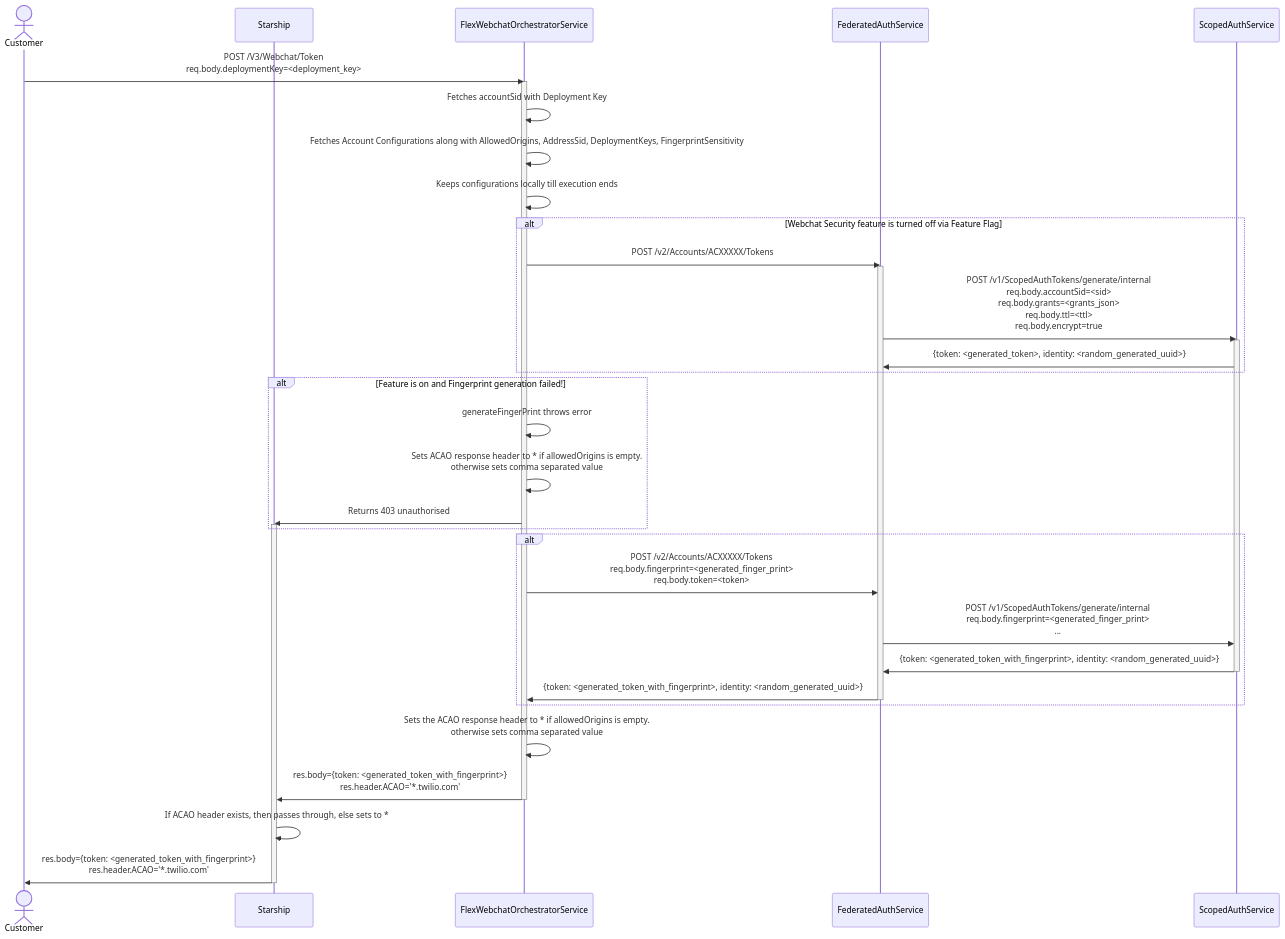
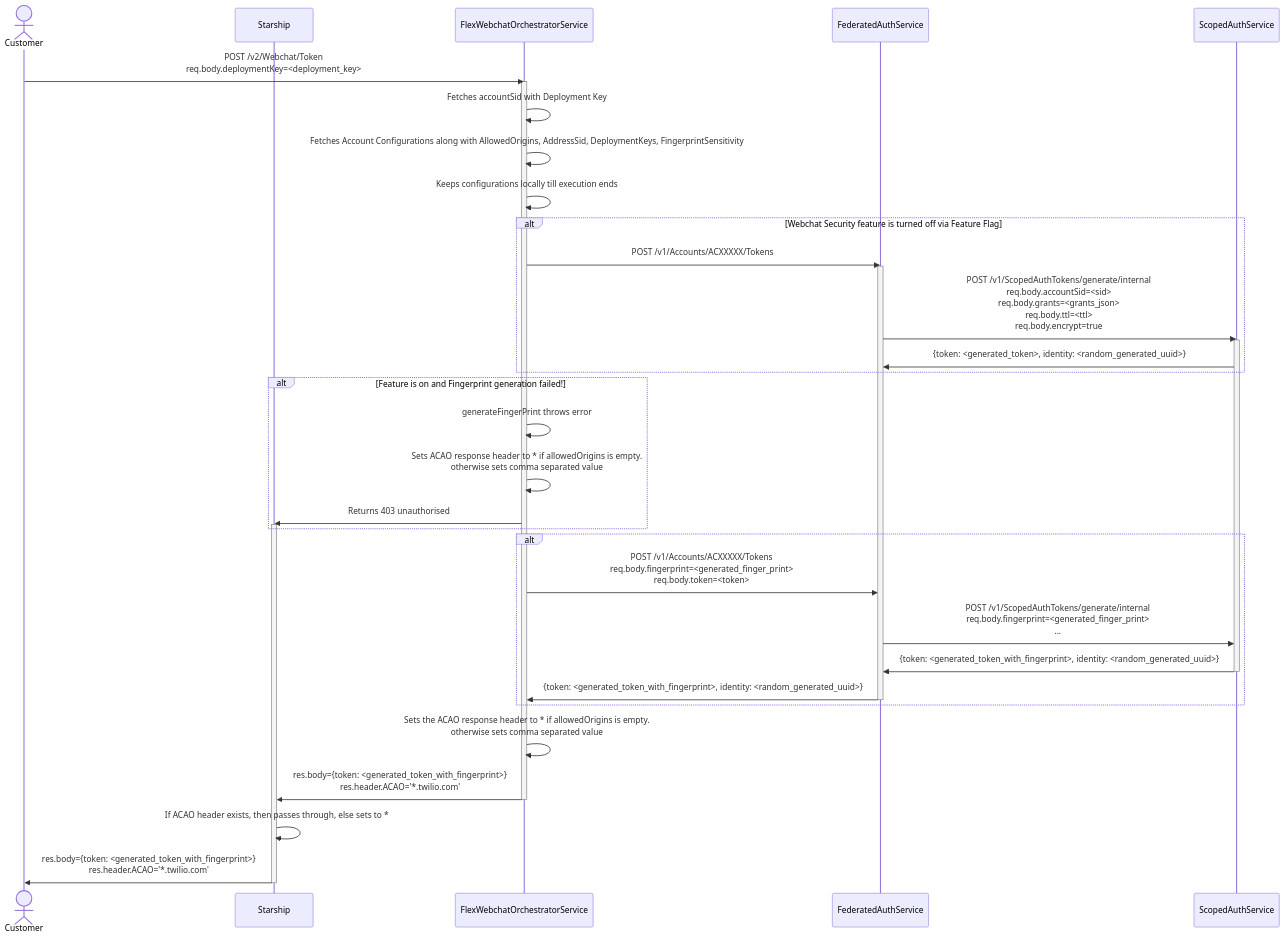
The diagram in seq_webchat_create_token.md (twilio/twilio-webchat-react-app), drawn with Mermaid before and after one commit. The commit also changed 3 other files, not shown here.

````diff
--- a/seq_webchat_create_token.md
+++ b/seq_webchat_create_token.md
@@ -1,48 +1,48 @@
 ```mermaid
 %% Webchat Create Token
 sequenceDiagram
 
 actor C as Customer
 participant S as Starship
 participant FWO as FlexWebchatOrchestratorService
 participant FAS as FederatedAuthService
 participant SAS as ScopedAuthService
 
-C ->> FWO : POST /V3/Webchat/Token <br/>req.body.deploymentKey=<deployment_key>
+C ->> FWO : POST /v2/Webchat/Token <br/>req.body.deploymentKey=<deployment_key>
 activate FWO
 FWO ->> FWO : Fetches accountSid with Deployment Key
 FWO ->> FWO : Fetches Account Configurations along with AllowedOrigins, AddressSid, DeploymentKeys, FingerprintSensitivity
 FWO ->> FWO : Keeps configurations locally till execution ends
 
 alt Webchat Security feature is turned off via Feature Flag
-	FWO ->> FAS : POST /v2/Accounts/ACXXXXX/Tokens
+	FWO ->> FAS : POST /v1/Accounts/ACXXXXX/Tokens
 	activate FAS
 	FAS ->> SAS : POST /v1/ScopedAuthTokens/generate/internal <br/>req.body.accountSid=<sid><br/>req.body.grants=<grants_json><br/>req.body.ttl=<ttl><br/>req.body.encrypt=true
 	activate SAS
 	SAS ->> FAS : {token: <generated_token>, identity: <random_generated_uuid>}
 end
 
 alt Feature is on and Fingerprint generation failed!
 	FWO ->> FWO: generateFingerPrint throws error
 	FWO ->> FWO : Sets ACAO response header to * if allowedOrigins is  empty. <br/> otherwise sets comma separated value
 	FWO ->> S : Returns 403 unauthorised
 	activate S
 end
 
 alt #LightBlue Feature is turned on & Fingerprint is generated
-	FWO ->> FAS : POST /v2/Accounts/ACXXXXX/Tokens <br/>req.body.fingerprint=<generated_finger_print> <br/>req.body.token=<token> 
+	FWO ->> FAS : POST /v1/Accounts/ACXXXXX/Tokens <br/>req.body.fingerprint=<generated_finger_print> <br/>req.body.token=<token> 
 	FAS ->> SAS : POST /v1/ScopedAuthTokens/generate/internal <br/>req.body.fingerprint=<generated_finger_print><br/>...
 	SAS ->> FAS : {token: <generated_token_with_fingerprint>, identity: <random_generated_uuid>}
 	deactivate SAS
 	FAS ->> FWO : {token: <generated_token_with_fingerprint>, identity: <random_generated_uuid>}
 	deactivate FAS
 end
 
 FWO ->> FWO : Sets the ACAO response header to * if allowedOrigins is  empty. <br/> otherwise sets comma separated value
 FWO ->> S : res.body={token: <generated_token_with_fingerprint>}<br/>res.header.ACAO='*.twilio.com'
 deactivate FWO
 S ->> S : If ACAO header exists, then passes through, else sets to *
 S ->> C : res.body={token: <generated_token_with_fingerprint>}<br/>res.header.ACAO='*.twilio.com'
 deactivate S
 
 ```
````
